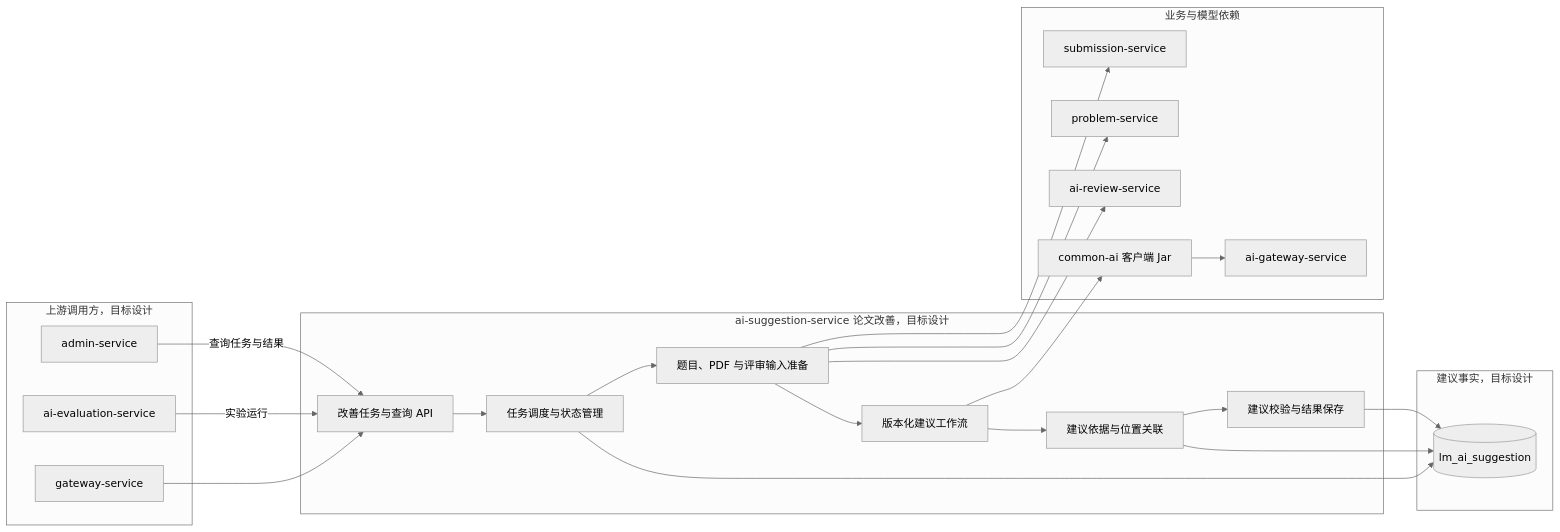
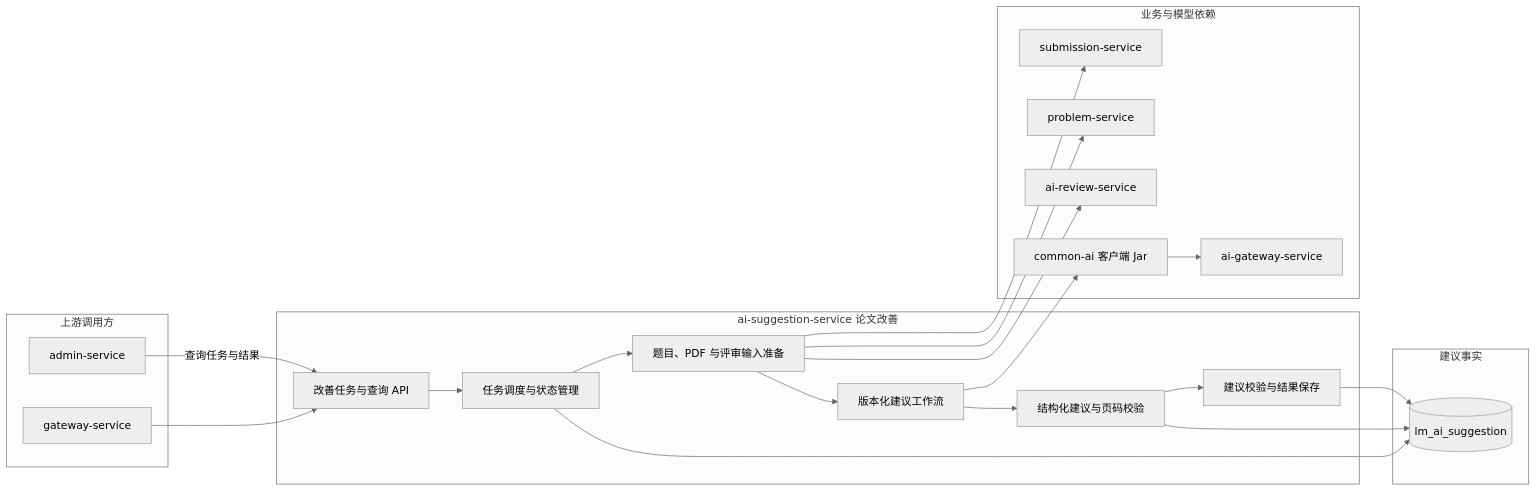
Before and after one commit to Dorian7Alden/LeetModel: the diagram in docs/project/03-微服务设计/ai-suggestion-service/README.md, drawn with Mermaid (neutral theme). The commit also changed other lines of this file and 4 other files, not shown here.

````diff
--- a/docs/project/03-微服务设计/ai-suggestion-service/README.md
+++ b/docs/project/03-微服务设计/ai-suggestion-service/README.md
@@ -12,47 +12,45 @@
 ```mermaid
 flowchart LR
-    subgraph callers["上游调用方，目标设计"]
+    subgraph callers["上游调用方"]
         apiGateway["gateway-service"]
-        evaluationService["ai-evaluation-service"]
         adminService["admin-service"]
     end
 
-    subgraph suggestion["ai-suggestion-service 论文改善，目标设计"]
+    subgraph suggestion["ai-suggestion-service 论文改善"]
         taskApi["改善任务与查询 API"]
         taskLifecycle["任务调度与状态管理"]
         inputPreparation["题目、PDF 与评审输入准备"]
         suggestionWorkflow["版本化建议工作流"]
-        evidence["建议依据与位置关联"]
+        evidence["结构化建议与页码校验"]
         result["建议校验与结果保存"]
 
         taskApi --> taskLifecycle
         taskLifecycle --> inputPreparation
         inputPreparation --> suggestionWorkflow
         suggestionWorkflow --> evidence
         evidence --> result
     end
 
     subgraph dependencies["业务与模型依赖"]
         submissionService["submission-service"]
         problemService["problem-service"]
         reviewService["ai-review-service"]
         commonAi["common-ai 客户端 Jar"]
         aiGateway["ai-gateway-service"]
     end
 
-    subgraph data["建议事实，目标设计"]
+    subgraph data["建议事实"]
         suggestionDatabase[(lm_ai_suggestion)]
     end
 
     apiGateway --> taskApi
-    evaluationService -->|"实验运行"| taskApi
     adminService -->|"查询任务与结果"| taskApi
     inputPreparation --> submissionService
     inputPreparation --> problemService
     inputPreparation --> reviewService
     suggestionWorkflow --> commonAi
     commonAi --> aiGateway
     taskLifecycle --> suggestionDatabase
     evidence --> suggestionDatabase
     result --> suggestionDatabase
 ```
````
